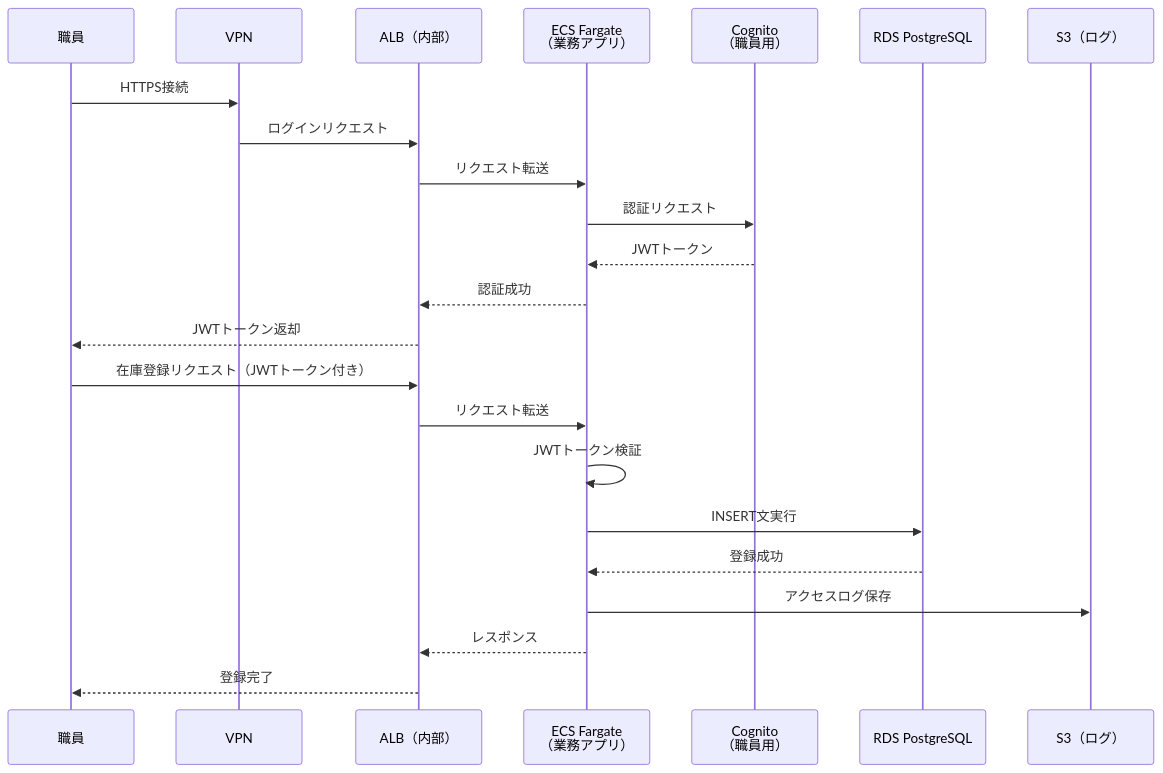
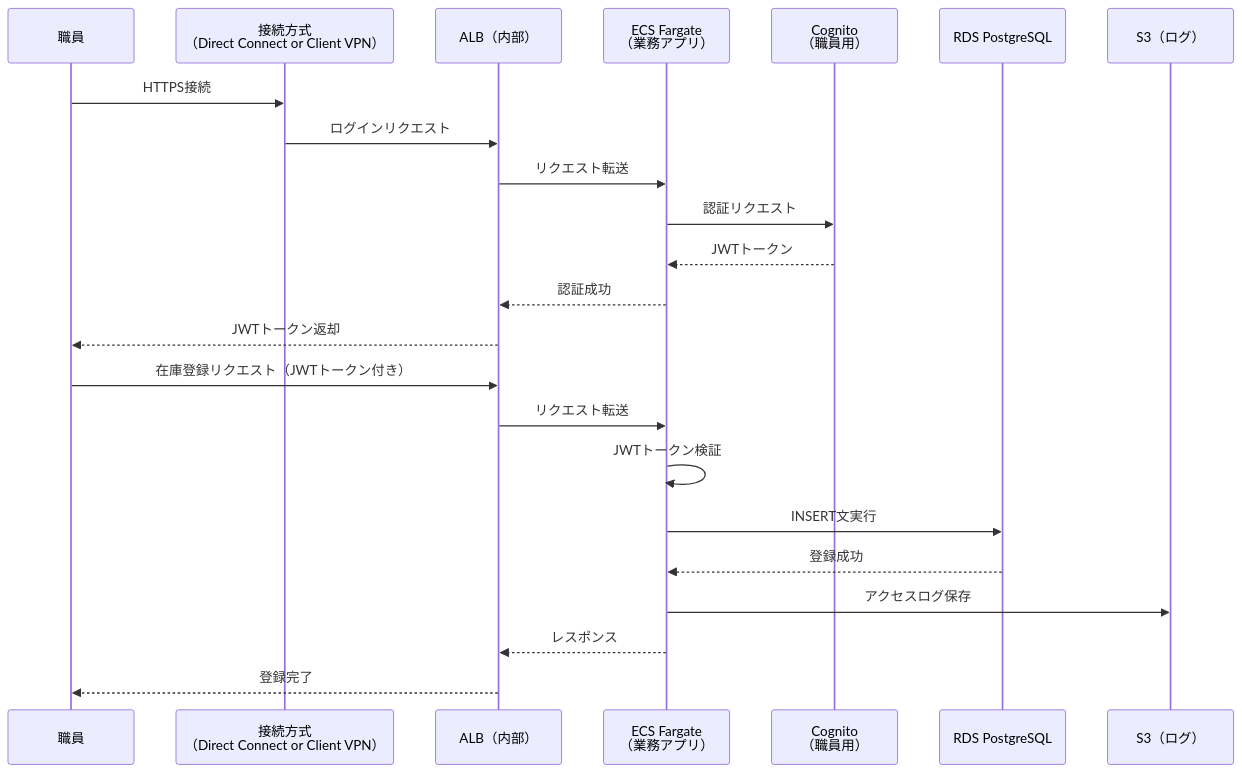
One commit to k-tanaka-522/Sample-AWS-SubAgent changed the second of 4 diagrams in docs/03_基本設計/01_システム構成/システム構成設計書.md. Above: the diagram before and after it, drawn with Mermaid. The commit also changed other lines of this file and 60 other files, not shown here.

First line of the commit message:
docs: システム構成図の大幅改訂 + X-Ray統合実装

````diff
--- a/docs/03_基本設計/01_システム構成/システム構成設計書.md
+++ b/docs/03_基本設計/01_システム構成/システム構成設計書.md
@@ -183,27 +345,27 @@
 ```mermaid
 sequenceDiagram
     participant Staff as 職員
-    participant VPN as VPN
+    participant Connection as 接続方式<br/>（Direct Connect or Client VPN）
     participant ALB as ALB（内部）
     participant ECS as ECS Fargate<br/>（業務アプリ）
     participant Cognito as Cognito<br/>（職員用）
     participant RDS as RDS PostgreSQL
     participant S3 as S3（ログ）
 
-    Staff->>VPN: HTTPS接続
-    VPN->>ALB: ログインリクエスト
+    Staff->>Connection: HTTPS接続
+    Connection->>ALB: ログインリクエスト
     ALB->>ECS: リクエスト転送
     ECS->>Cognito: 認証リクエスト
     Cognito-->>ECS: JWTトークン
     ECS-->>ALB: 認証成功
     ALB-->>Staff: JWTトークン返却
 
     Staff->>ALB: 在庫登録リクエスト（JWTトークン付き）
     ALB->>ECS: リクエスト転送
     ECS->>ECS: JWTトークン検証
     ECS->>RDS: INSERT文実行
     RDS-->>ECS: 登録成功
     ECS->>S3: アクセスログ保存
     ECS-->>ALB: レスポンス
     ALB-->>Staff: 登録完了
 ```
````
